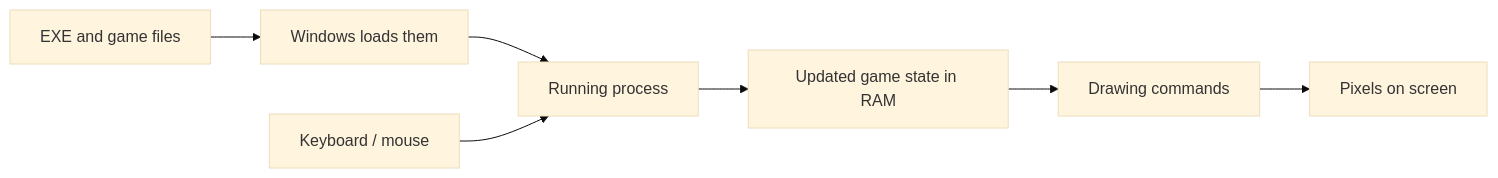
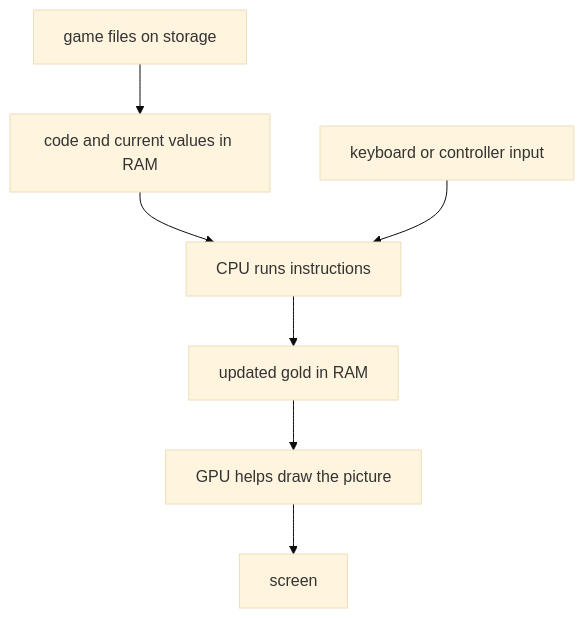
One commit to MustCodeAl/rust-game-hacking-book changed the first of 3 diagrams in site/src/content/docs/pages/1/02.mdx. Above: the diagram before and after it, drawn with Mermaid (base theme). The commit also changed other lines of this file and 20 other files, not shown here.

````diff
--- a/site/src/content/docs/pages/1/02.mdx
+++ b/site/src/content/docs/pages/1/02.mdx
@@ -47,9 +34,9 @@
 ```mermaid
-flowchart LR
-    File[EXE and game files] --> OS[Windows loads them]
-    OS --> Process[Running process]
-    Input[Keyboard / mouse] --> Process
-    Process --> State[Updated game state in RAM]
-    State --> GPU[Drawing commands]
-    GPU --> Screen[Pixels on screen]
+flowchart TD
+    Drive["game files on storage"] --> RAM["code and current values in RAM"]
+    RAM --> CPU["CPU runs instructions"]
+    Input["keyboard or controller input"] --> CPU
+    CPU --> Updated["updated gold in RAM"]
+    Updated --> GPU["GPU helps draw the picture"]
+    GPU --> Screen["screen"]
 ```
````
